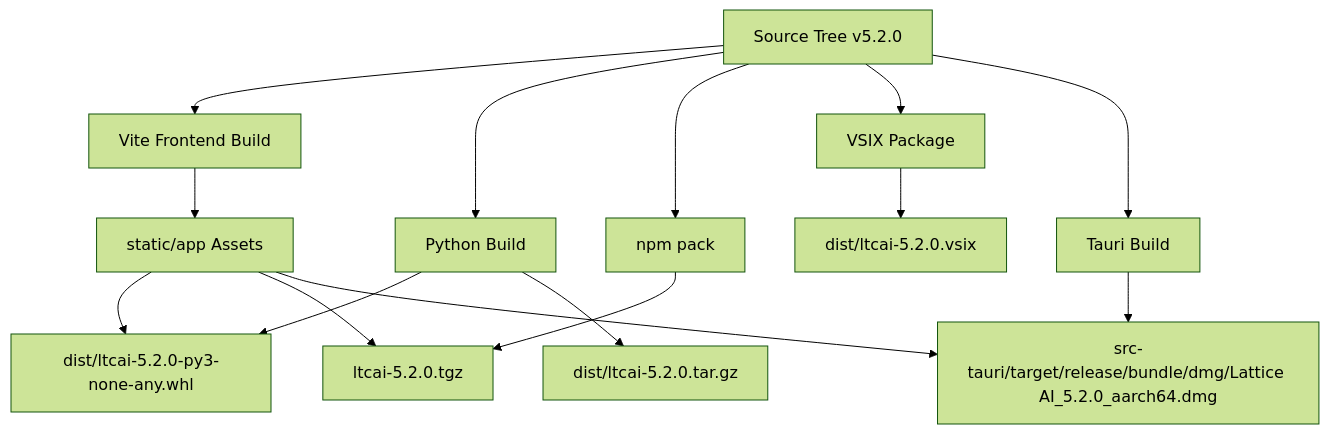
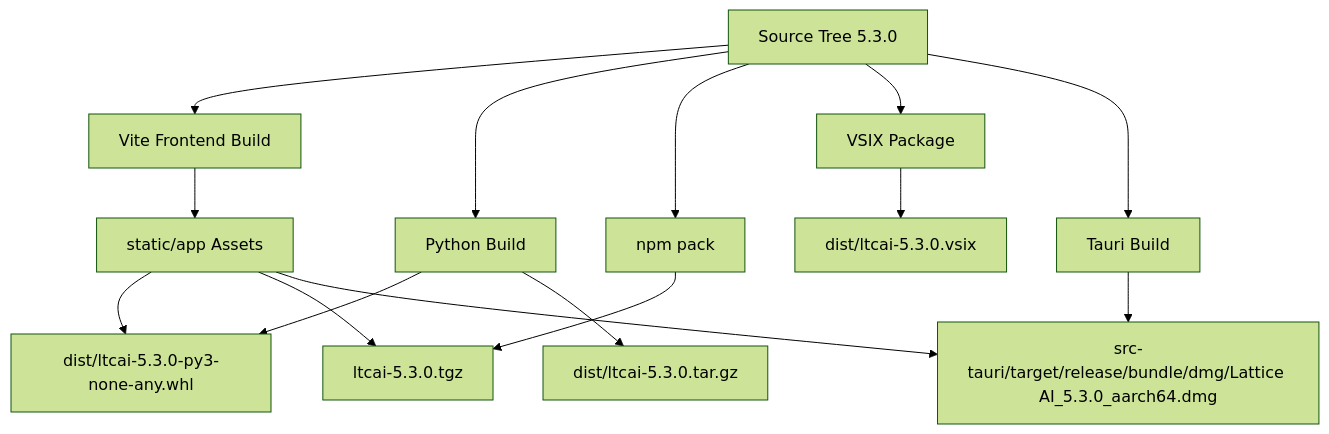
One commit to TaeSooPark-PTS/LatticeAI changed the tenth of 10 diagrams in ARCHITECTURE.md. Above: the diagram before and after it, drawn with Mermaid (forest theme). The commit also changed other lines of this file and 55 other files, not shown here.

````diff
--- a/ARCHITECTURE.md
+++ b/ARCHITECTURE.md
@@ -266,18 +271,18 @@
 ```mermaid
 flowchart TB
-  Source["Source Tree v5.2.0"] --> FrontendBuild["Vite Frontend Build"]
+  Source["Source Tree 5.3.0"] --> FrontendBuild["Vite Frontend Build"]
   Source --> PythonBuild["Python Build"]
   Source --> NpmPack["npm pack"]
   Source --> VsixBuild["VSIX Package"]
   Source --> TauriBuild["Tauri Build"]
 
   FrontendBuild --> StaticAssets["static/app Assets"]
-  PythonBuild --> Wheel["dist/ltcai-5.2.0-py3-none-any.whl"]
-  PythonBuild --> Sdist["dist/ltcai-5.2.0.tar.gz"]
-  NpmPack --> Tgz["ltcai-5.2.0.tgz"]
-  VsixBuild --> Vsix["dist/ltcai-5.2.0.vsix"]
-  TauriBuild --> Dmg["src-tauri/target/release/bundle/dmg/Lattice AI_5.2.0_aarch64.dmg"]
+  PythonBuild --> Wheel["dist/ltcai-5.3.0-py3-none-any.whl"]
+  PythonBuild --> Sdist["dist/ltcai-5.3.0.tar.gz"]
+  NpmPack --> Tgz["ltcai-5.3.0.tgz"]
+  VsixBuild --> Vsix["dist/ltcai-5.3.0.vsix"]
+  TauriBuild --> Dmg["src-tauri/target/release/bundle/dmg/Lattice AI_5.3.0_aarch64.dmg"]
   StaticAssets --> Wheel
   StaticAssets --> Tgz
   StaticAssets --> Dmg
 ```
````
